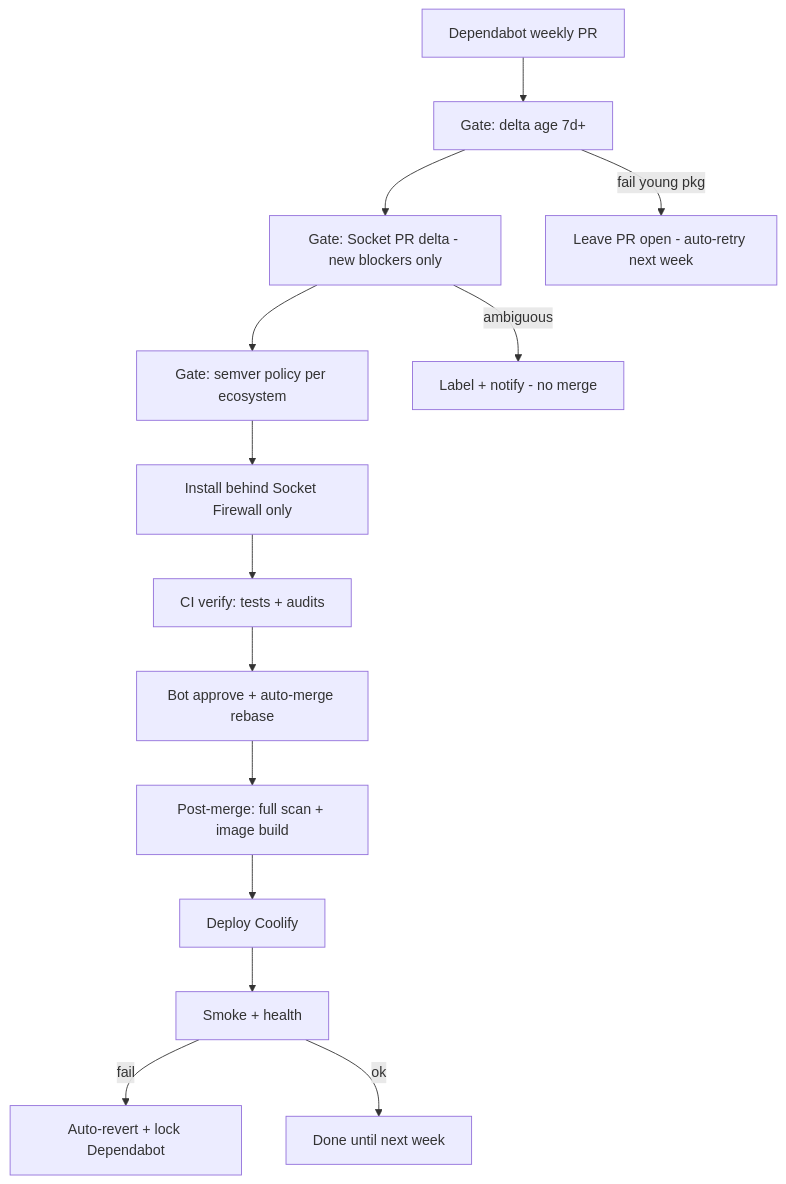
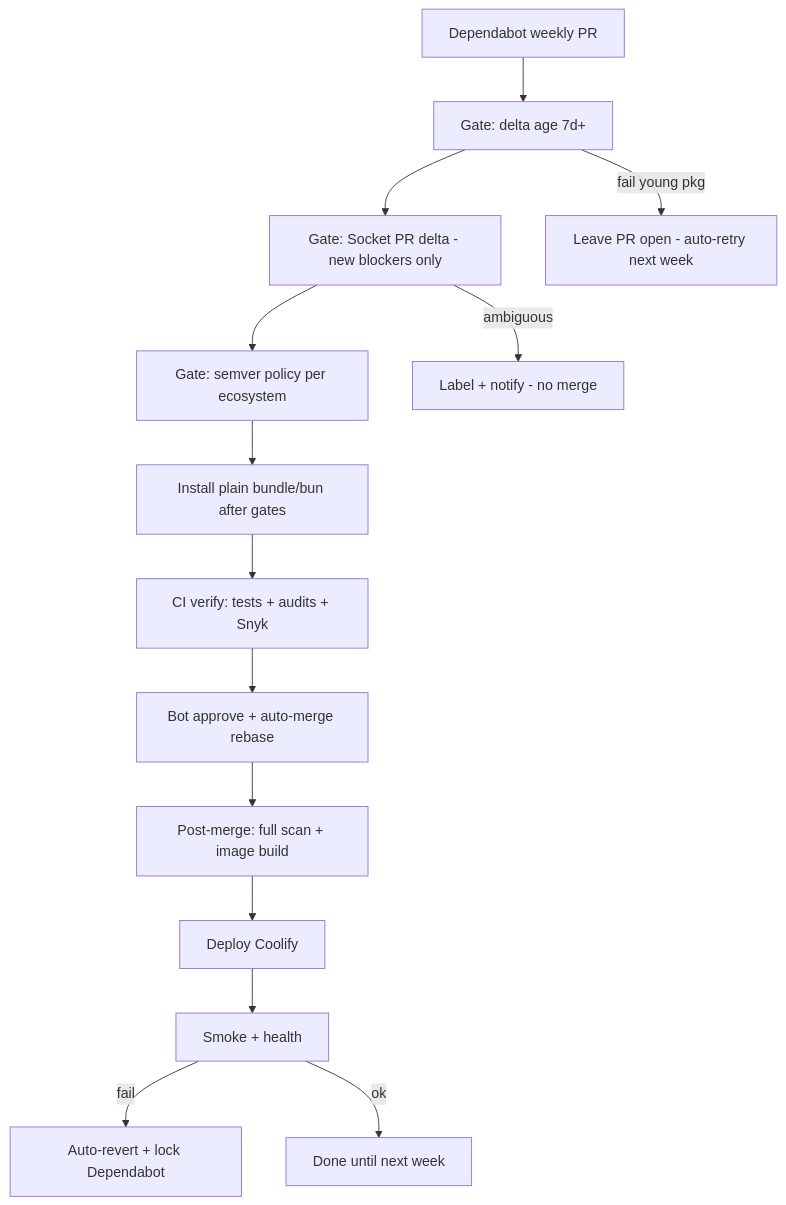
Before and after one commit to Libreverse/Libreverse-Legacy: the diagram in documentation/dependency-rolling-autonomous.md, drawn with Mermaid. The commit also changed other lines of this file and 10 other files, not shown here.

First line of the commit message:
Finalize free-tier CI: plain install, Snyk gates, Bun scanner.

````diff
--- a/documentation/dependency-rolling-autonomous.md
+++ b/documentation/dependency-rolling-autonomous.md
@@ -42,16 +50,16 @@
 ```mermaid
 flowchart TD
   DB[Dependabot weekly PR] --> G1[Gate: delta age 7d+]
   G1 --> G2[Gate: Socket PR delta - new blockers only]
   G2 --> G3[Gate: semver policy per ecosystem]
-  G3 --> G4[Install behind Socket Firewall only]
-  G4 --> G5[CI verify: tests + audits]
+  G3 --> G4[Install plain bundle/bun after gates]
+  G4 --> G5[CI verify: tests + audits + Snyk]
   G5 --> G6[Bot approve + auto-merge rebase]
   G6 --> G7[Post-merge: full scan + image build]
   G7 --> G8[Deploy Coolify]
   G8 --> G9[Smoke + health]
   G9 -->|fail| ROLL[Auto-revert + lock Dependabot]
   G9 -->|ok| DONE[Done until next week]
   G2 -->|ambiguous| STUCK[Label + notify - no merge]
   G1 -->|fail young pkg| WAIT[Leave PR open - auto-retry next week]
 ```
````
